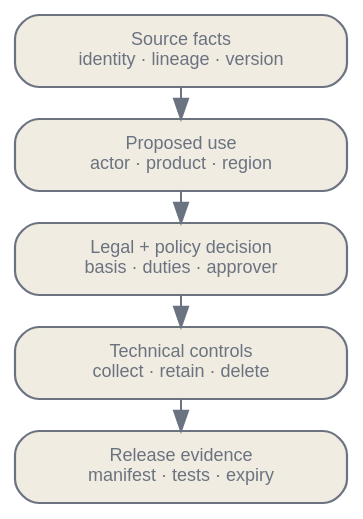
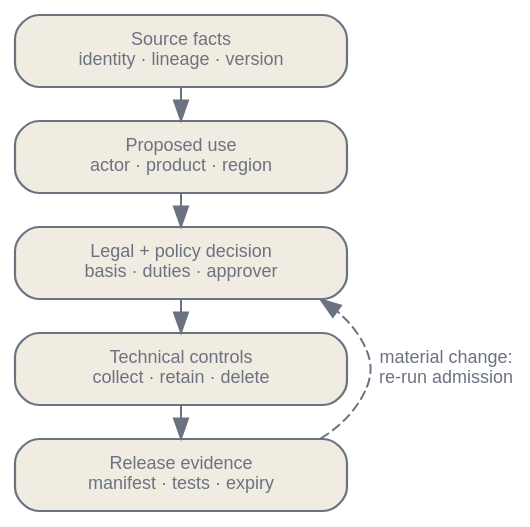
The diagram in en/ecosystem/07-data-rights-economics.qmd (latere-ai/ai-as-an-infrastructure), drawn with Graphviz before and after one commit. The commit also changed 1 other file, not shown here.

Commit message:
ecosystem: rights-ledger diagram draws the material-change edge back to review, with edge labels at 9 pt

````diff
--- a/en/ecosystem/07-data-rights-economics.qmd
+++ b/en/ecosystem/07-data-rights-economics.qmd
@@ -72,21 +72,27 @@
 ```{dot}
 //| label: fig-data-rights-ledger
-//| fig-cap: "A rights decision moves from observed facts to release evidence. Any material change sends the asset back to review."
+//| fig-cap: "A rights decision moves from observed facts to release evidence. Any material change, such as new source terms, a rights reservation, an expiry, a deletion request, a new use or market, or a vendor change, sends the asset back to review (dashed edge)."
 digraph data_rights_ledger {
   bgcolor="transparent";
   rankdir=TB;
   nodesep=0.14; ranksep=0.22;
   node [shape=box, style="rounded,filled", fontname="Helvetica", fontsize=9,
         color="#6b7280", fontcolor="#6b7280", fillcolor="#f1ece1",
         width=2.30, penwidth=1.1];
-  edge [fontsize=8, fontname="Helvetica", color="#6b7280", fontcolor="#6b7280"];
+  edge [fontsize=9, fontname="Helvetica", color="#6b7280", fontcolor="#6b7280"];
 
   facts [label="Source facts\nidentity · lineage · version"];
   use [label="Proposed use\nactor · product · region"];
   decision [label="Legal + policy decision\nbasis · duties · approver"];
   controls [label="Technical controls\ncollect · retain · delete"];
   evidence [label="Release evidence\nmanifest · tests · expiry"];
 
+  // One group keeps the record in a straight column; the review edge runs
+  // beside it.
+  facts [group=main]; use [group=main]; decision [group=main];
+  controls [group=main]; evidence [group=main];
+
   facts -> use -> decision -> controls -> evidence;
+  evidence -> decision [label="material change:\nre-run admission", style=dashed, constraint=false];
 }
 ```
````
